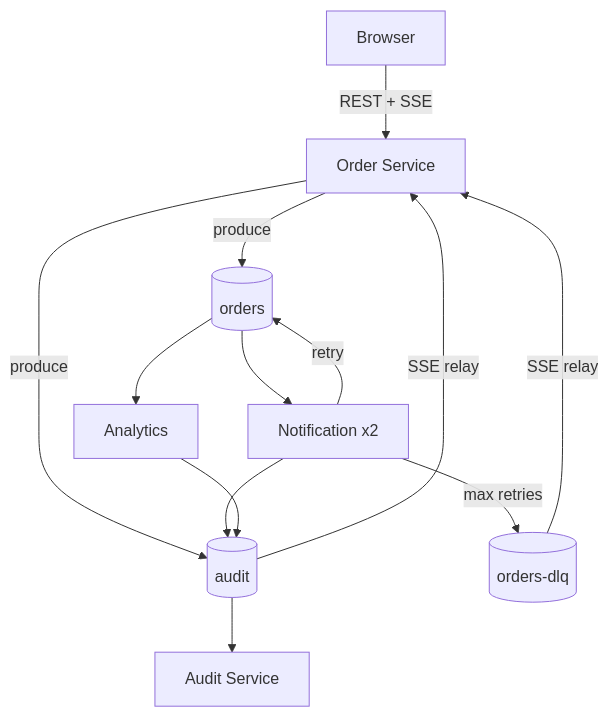
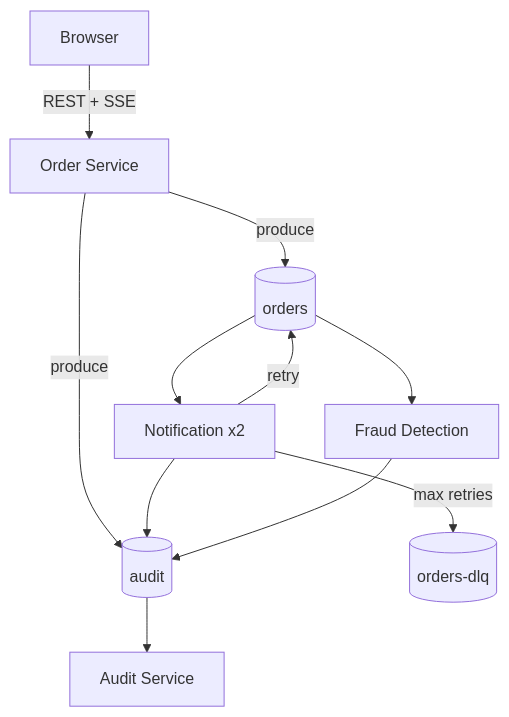
One commit to reifocS/kafka-dojo-mercredi-veille changed the first of 4 diagrams in README.md. Above: the diagram before and after it, drawn with Mermaid. The commit also changed other lines of this file and 4 other files, not shown here.

Commit message:
fraud detection

````diff
--- a/README.md
+++ b/README.md
@@ -9,19 +9,17 @@
 ```mermaid
 graph TD
     Browser -->|REST + SSE| Order[Order Service]
 
     Order -->|produce| orders[(orders)]
     Order -->|produce| audit[(audit)]
 
     orders --> Notif[Notification x2]
-    orders --> Analytics
+    orders --> Fraud[Fraud Detection]
 
     Notif -->|retry| orders
     Notif -->|max retries| dlq[(orders-dlq)]
     Notif --> audit
-    Analytics --> audit
+    Fraud --> audit
 
     audit --> Audit[Audit Service]
-    audit -->|SSE relay| Order
-    dlq -->|SSE relay| Order
 ```
````
